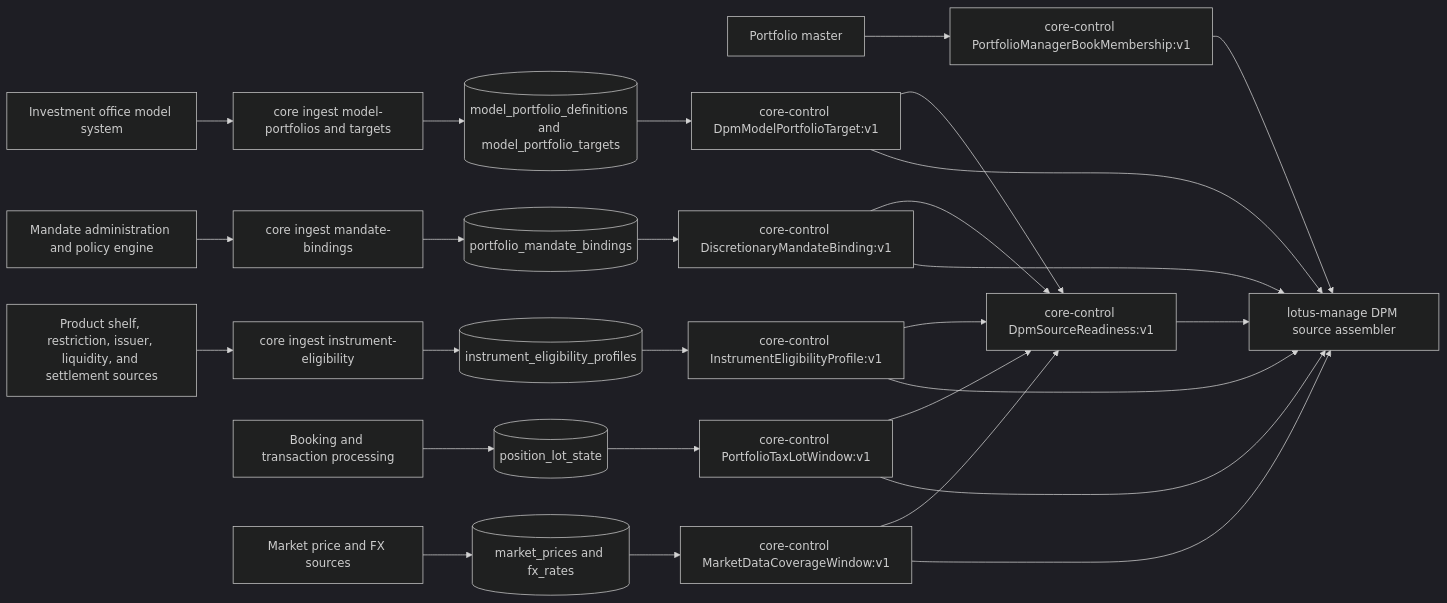
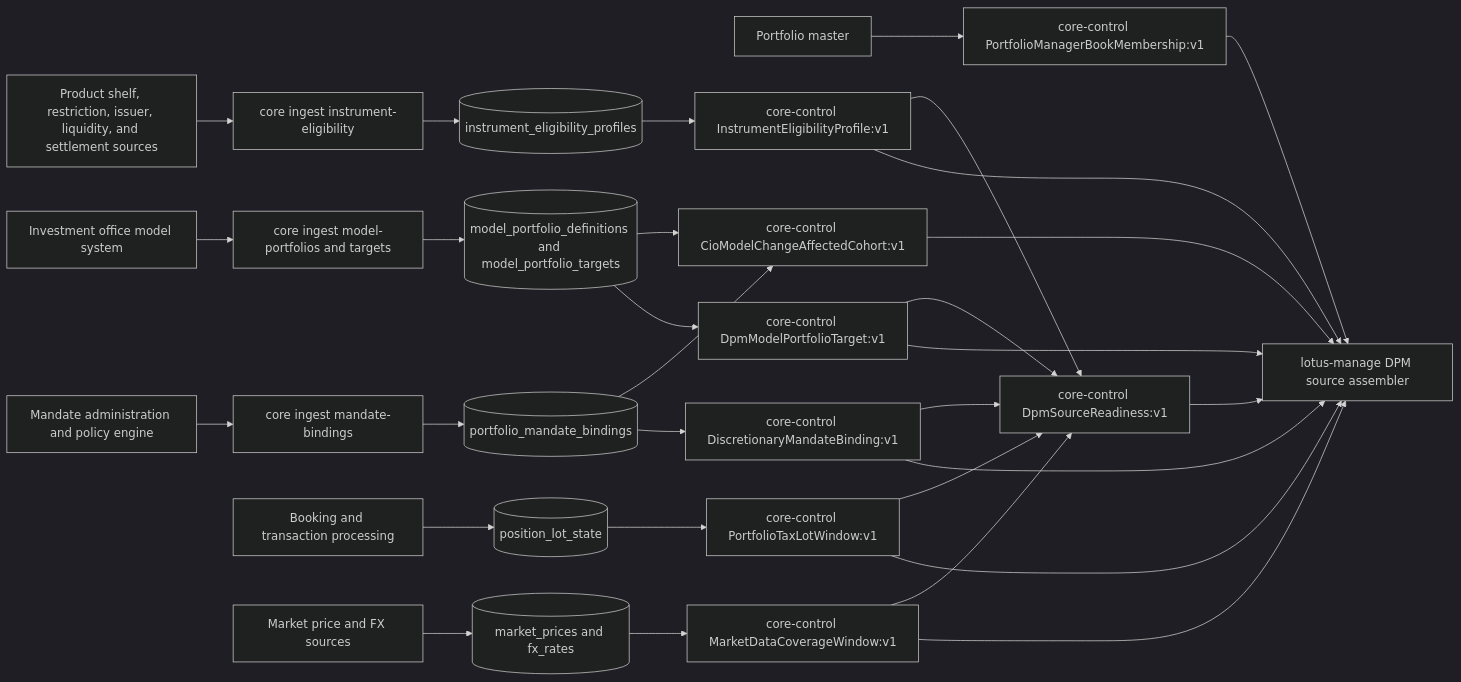
Before and after one commit to sgajbi/lotus-core: the first of 2 diagrams in wiki/Mesh-Data-Products.md, drawn with Mermaid (dark theme). The commit also changed other lines of this file and 17 other files, not shown here.

Commit message:
feat: add CIO model-change cohort source product

````diff
--- a/wiki/Mesh-Data-Products.md
+++ b/wiki/Mesh-Data-Products.md
@@ -38,29 +40,32 @@
 ```mermaid
 flowchart LR
     Upstream[Investment office model system] --> Ingest[core ingest model-portfolios and targets]
     Mandate[Mandate administration and policy engine] --> BindIngest[core ingest mandate-bindings]
     Eligibility[Product shelf, restriction, issuer, liquidity, and settlement sources] --> EligibilityIngest[core ingest instrument-eligibility]
     Booking[Booking and transaction processing] --> LotState[(position_lot_state)]
     Market[Market price and FX sources] --> MarketStore[(market_prices and fx_rates)]
     PortfolioMaster[Portfolio master] --> BookAPI[core-control PortfolioManagerBookMembership:v1]
+    Store --> CioCohort[core-control CioModelChangeAffectedCohort:v1]
+    BindingStore --> CioCohort
     Ingest --> Store[(model_portfolio_definitions and model_portfolio_targets)]
     BindIngest --> BindingStore[(portfolio_mandate_bindings)]
     EligibilityIngest --> EligibilityStore[(instrument_eligibility_profiles)]
     Store --> API[core-control DpmModelPortfolioTarget:v1]
     BindingStore --> BindingAPI[core-control DiscretionaryMandateBinding:v1]
     EligibilityStore --> EligibilityAPI[core-control InstrumentEligibilityProfile:v1]
     LotState --> TaxLotAPI[core-control PortfolioTaxLotWindow:v1]
     MarketStore --> MarketAPI[core-control MarketDataCoverageWindow:v1]
     BookAPI --> Manage
     API --> Readiness[core-control DpmSourceReadiness:v1]
     BindingAPI --> Readiness
     EligibilityAPI --> Readiness
     TaxLotAPI --> Readiness
     MarketAPI --> Readiness
     API --> Manage[lotus-manage DPM source assembler]
     BindingAPI --> Manage
     EligibilityAPI --> Manage
     TaxLotAPI --> Manage
     MarketAPI --> Manage
     Readiness --> Manage
+    CioCohort --> Manage
 ```
````
